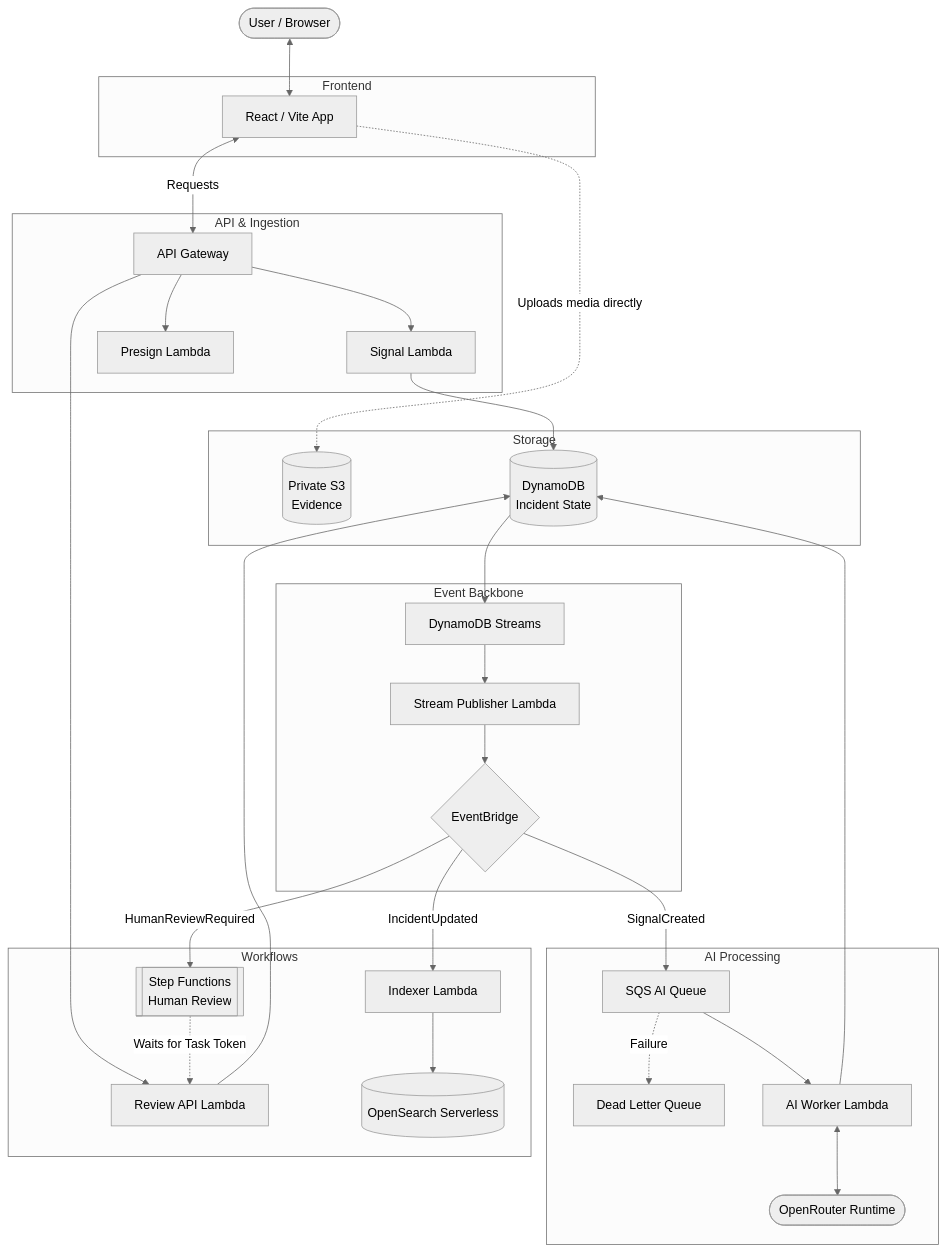
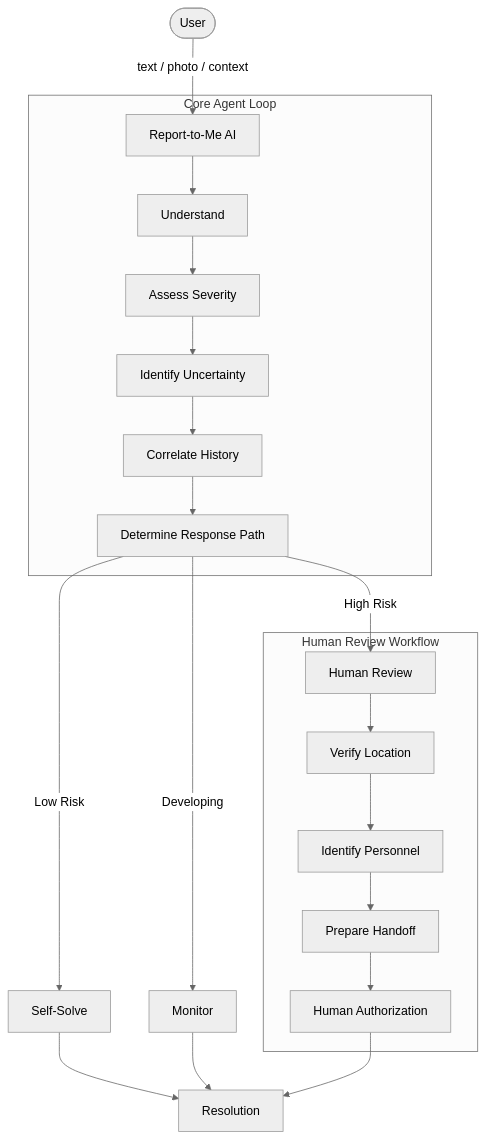
Before and after one commit to jackso1328/report-to-me-ai: the second of 4 diagrams in README.md, drawn with Mermaid (neutral theme). The commit also changed other lines of this file, not shown here.

````diff
--- a/README.md
+++ b/README.md
@@ -90,66 +57,27 @@
 ```mermaid
 flowchart TD
-    User([User / Browser])
+    User([User]) -->|text / photo / context| Agent[Report-to-Me AI]
     
-    subgraph Frontend
-        Vite[React / Vite App]
+    subgraph Core Agent Loop
+        Agent --> Und[Understand]
+        Und --> Ass[Assess Severity]
+        Ass --> Unc[Identify Uncertainty]
+        Unc --> Cor[Correlate History]
+        Cor --> Dec[Determine Response Path]
     end
     
-    subgraph API & Ingestion
-        API[API Gateway]
-        Ingest[Signal Lambda]
-        Presign[Presign Lambda]
+    Dec -->|Low Risk| SelfSolve[Self-Solve]
+    Dec -->|Developing| Monitor[Monitor]
+    Dec -->|High Risk| Review[Human Review]
+    
+    subgraph Human Review Workflow
+        Review --> Loc[Verify Location]
+        Loc --> Resp[Identify Personnel]
+        Resp --> Hand[Prepare Handoff]
+        Hand --> Auth[Human Authorization]
     end
     
-    subgraph Storage
-        S3[(Private S3\nEvidence)]
-        DDB[(DynamoDB\nIncident State)]
-    end
-    
-    subgraph Event Backbone
-        Streams[DynamoDB Streams]
-        Publisher[Stream Publisher Lambda]
-        EB{EventBridge}
-    end
-    
-    subgraph AI Processing
-        SQS[SQS AI Queue]
-        DLQ[Dead Letter Queue]
-        AIWorker[AI Worker Lambda]
-        OR([OpenRouter Runtime])
-    end
-    
-    subgraph Workflows
-        StepFunctions[[Step Functions\nHuman Review]]
-        ReviewAPI[Review API Lambda]
-        Indexer[Indexer Lambda]
-        OS[(OpenSearch Serverless)]
-    end
-
-    User <--> Vite
-    Vite -.->|Uploads media directly| S3
-    Vite <-->|Requests| API
-    
-    API --> Ingest
-    API --> Presign
-    API --> ReviewAPI
-    
-    Ingest --> DDB
-    DDB --> Streams
-    Streams --> Publisher
-    Publisher --> EB
-    
-    EB -->|SignalCreated| SQS
-    SQS -.->|Failure| DLQ
-    SQS --> AIWorker
-    
-    AIWorker <--> OR
-    AIWorker --> DDB
-    
-    EB -->|HumanReviewRequired| StepFunctions
-    StepFunctions -.->|Waits for Task Token| ReviewAPI
-    ReviewAPI --> DDB
-    
-    EB -->|IncidentUpdated| Indexer
-    Indexer --> OS
+    SelfSolve --> Out[Resolution]
+    Monitor --> Out
+    Auth --> Out
 ```
````
